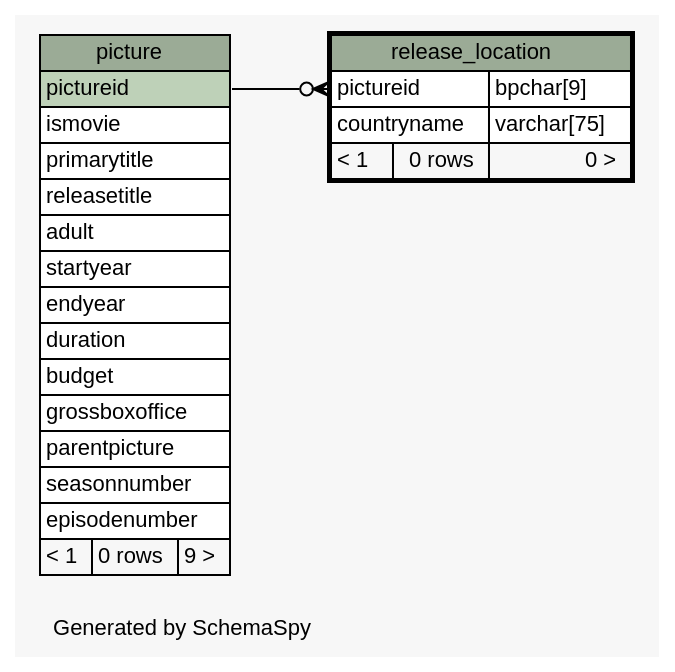
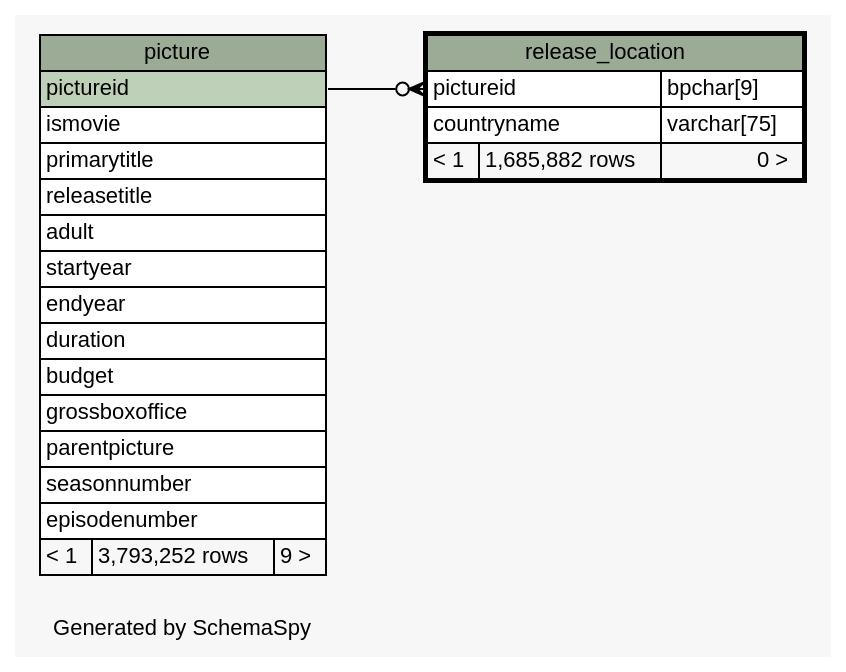
One commit to sipian/CS3563-DBMS changed the diagram in populating-tables/schemaspy/diagrams/release_location.1degree.dot. Above: the diagram before and after it, drawn with Graphviz. The commit also changed 65 other files, not shown here.

```diff
--- a/populating-tables/schemaspy/diagrams/release_location.1degree.dot
+++ b/populating-tables/schemaspy/diagrams/release_location.1degree.dot
@@ -1,56 +1,56 @@
 // dot 2.38.0 on Linux 4.13.0-32-generic
 // SchemaSpy rev 590
 digraph "oneDegreeRelationshipsDiagram" {
   graph [
     rankdir="RL"
     bgcolor="#f7f7f7"
     label="\nGenerated by SchemaSpy"
     labeljust="l"
     nodesep="0.18"
     ranksep="0.46"
     fontname="Helvetica"
     fontsize="11"
   ];
   node [
     fontname="Helvetica"
     fontsize="11"
     shape="plaintext"
   ];
   edge [
     arrowsize="0.8"
   ];
   "release_location":"pictureid":w -> "picture":"pictureid":e [arrowhead=none dir=back arrowtail=crowodot];
   "picture" [
     label=<
     <TABLE BORDER="0" CELLBORDER="1" CELLSPACING="0" BGCOLOR="#ffffff">
       <TR><TD COLSPAN="3" BGCOLOR="#9bab96" ALIGN="CENTER">picture</TD></TR>
       <TR><TD PORT="pictureid" COLSPAN="3" BGCOLOR="#bed1b8" ALIGN="LEFT">pictureid</TD></TR>
       <TR><TD PORT="ismovie" COLSPAN="3" ALIGN="LEFT">ismovie</TD></TR>
       <TR><TD PORT="primarytitle" COLSPAN="3" ALIGN="LEFT">primarytitle</TD></TR>
       <TR><TD PORT="releasetitle" COLSPAN="3" ALIGN="LEFT">releasetitle</TD></TR>
       <TR><TD PORT="adult" COLSPAN="3" ALIGN="LEFT">adult</TD></TR>
       <TR><TD PORT="startyear" COLSPAN="3" ALIGN="LEFT">startyear</TD></TR>
       <TR><TD PORT="endyear" COLSPAN="3" ALIGN="LEFT">endyear</TD></TR>
       <TR><TD PORT="duration" COLSPAN="3" ALIGN="LEFT">duration</TD></TR>
       <TR><TD PORT="budget" COLSPAN="3" ALIGN="LEFT">budget</TD></TR>
       <TR><TD PORT="grossboxoffice" COLSPAN="3" ALIGN="LEFT">grossboxoffice</TD></TR>
       <TR><TD PORT="parentpicture" COLSPAN="3" ALIGN="LEFT">parentpicture</TD></TR>
       <TR><TD PORT="seasonnumber" COLSPAN="3" ALIGN="LEFT">seasonnumber</TD></TR>
       <TR><TD PORT="episodenumber" COLSPAN="3" ALIGN="LEFT">episodenumber</TD></TR>
-      <TR><TD ALIGN="LEFT" BGCOLOR="#f7f7f7">&lt; 1</TD><TD ALIGN="RIGHT" BGCOLOR="#f7f7f7">0 rows</TD><TD ALIGN="RIGHT" BGCOLOR="#f7f7f7">9 &gt;</TD></TR>
+      <TR><TD ALIGN="LEFT" BGCOLOR="#f7f7f7">&lt; 1</TD><TD ALIGN="RIGHT" BGCOLOR="#f7f7f7">3,793,252 rows</TD><TD ALIGN="RIGHT" BGCOLOR="#f7f7f7">9 &gt;</TD></TR>
     </TABLE>>
     URL="picture.html"
     tooltip="picture"
   ];
   "release_location" [
     label=<
     <TABLE BORDER="2" CELLBORDER="1" CELLSPACING="0" BGCOLOR="#ffffff">
       <TR><TD COLSPAN="3" BGCOLOR="#9bab96" ALIGN="CENTER">release_location</TD></TR>
       <TR><TD PORT="pictureid" COLSPAN="2" ALIGN="LEFT">pictureid</TD><TD PORT="pictureid.type" ALIGN="LEFT">bpchar[9]</TD></TR>
       <TR><TD PORT="countryname" COLSPAN="2" ALIGN="LEFT">countryname</TD><TD PORT="countryname.type" ALIGN="LEFT">varchar[75]</TD></TR>
-      <TR><TD ALIGN="LEFT" BGCOLOR="#f7f7f7">&lt; 1</TD><TD ALIGN="RIGHT" BGCOLOR="#f7f7f7">0 rows</TD><TD ALIGN="RIGHT" BGCOLOR="#f7f7f7">0 &gt;</TD></TR>
+      <TR><TD ALIGN="LEFT" BGCOLOR="#f7f7f7">&lt; 1</TD><TD ALIGN="RIGHT" BGCOLOR="#f7f7f7">1,685,882 rows</TD><TD ALIGN="RIGHT" BGCOLOR="#f7f7f7">0 &gt;</TD></TR>
     </TABLE>>
     URL="release_location.html"
     tooltip="release_location"
   ];
 }
```
